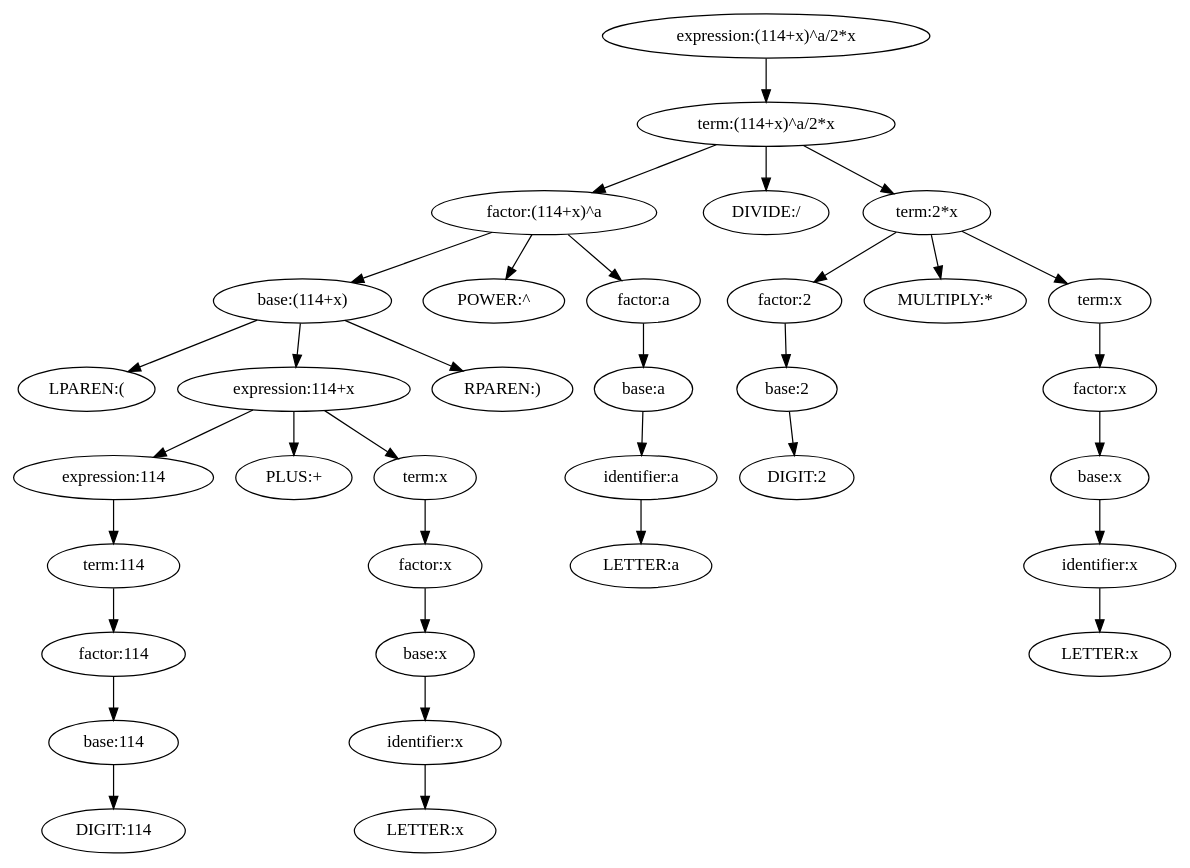
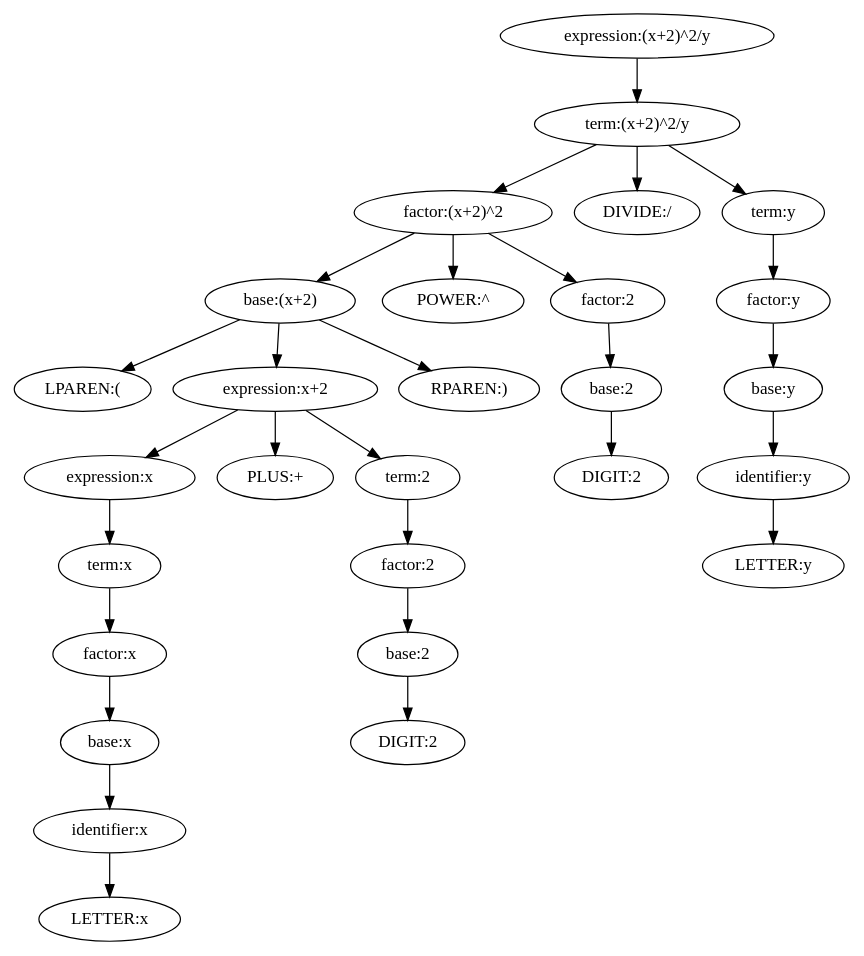
One commit to ButterflyDew/ExpressionParser changed the diagram in syntax_tree.gv. Above: the diagram before and after it, drawn with Graphviz. The commit also changed 11 other files, not shown here.

```diff
--- a/syntax_tree.gv
+++ b/syntax_tree.gv
@@ -1,69 +1,57 @@
 digraph {
-	1 [label="expression:(114+x)^a/2*x"]
-	2 [label="term:(114+x)^a/2*x"]
-	3 [label="factor:(114+x)^a"]
-	4 [label="base:(114+x)"]
+	1 [label="expression:(x+2)^2/y"]
+	2 [label="term:(x+2)^2/y"]
+	3 [label="factor:(x+2)^2"]
+	4 [label="base:(x+2)"]
 	5 [label="LPAREN:("]
 	4 -> 5
-	6 [label="expression:114+x"]
-	7 [label="expression:114"]
-	8 [label="term:114"]
-	9 [label="factor:114"]
-	10 [label="base:114"]
-	11 [label="DIGIT:114"]
+	6 [label="expression:x+2"]
+	7 [label="expression:x"]
+	8 [label="term:x"]
+	9 [label="factor:x"]
+	10 [label="base:x"]
+	11 [label="identifier:x"]
+	12 [label="LETTER:x"]
+	11 -> 12
 	10 -> 11
 	9 -> 10
 	8 -> 9
 	7 -> 8
 	6 -> 7
-	12 [label="PLUS:+"]
-	6 -> 12
-	13 [label="term:x"]
-	14 [label="factor:x"]
-	15 [label="base:x"]
-	16 [label="identifier:x"]
-	17 [label="LETTER:x"]
+	13 [label="PLUS:+"]
+	6 -> 13
+	14 [label="term:2"]
+	15 [label="factor:2"]
+	16 [label="base:2"]
+	17 [label="DIGIT:2"]
 	16 -> 17
 	15 -> 16
 	14 -> 15
-	13 -> 14
-	6 -> 13
+	6 -> 14
 	4 -> 6
 	18 [label="RPAREN:)"]
 	4 -> 18
 	3 -> 4
 	19 [label="POWER:^"]
 	3 -> 19
-	20 [label="factor:a"]
-	21 [label="base:a"]
-	22 [label="identifier:a"]
-	23 [label="LETTER:a"]
-	22 -> 23
+	20 [label="factor:2"]
+	21 [label="base:2"]
+	22 [label="DIGIT:2"]
 	21 -> 22
 	20 -> 21
 	3 -> 20
 	2 -> 3
-	24 [label="DIVIDE:/"]
-	2 -> 24
-	25 [label="term:2*x"]
-	26 [label="factor:2"]
-	27 [label="base:2"]
-	28 [label="DIGIT:2"]
+	23 [label="DIVIDE:/"]
+	2 -> 23
+	24 [label="term:y"]
+	25 [label="factor:y"]
+	26 [label="base:y"]
+	27 [label="identifier:y"]
+	28 [label="LETTER:y"]
 	27 -> 28
 	26 -> 27
 	25 -> 26
-	29 [label="MULTIPLY:*"]
-	25 -> 29
-	30 [label="term:x"]
-	31 [label="factor:x"]
-	32 [label="base:x"]
-	33 [label="identifier:x"]
-	34 [label="LETTER:x"]
-	33 -> 34
-	32 -> 33
-	31 -> 32
-	30 -> 31
-	25 -> 30
-	2 -> 25
+	24 -> 25
+	2 -> 24
 	1 -> 2
 }
```
